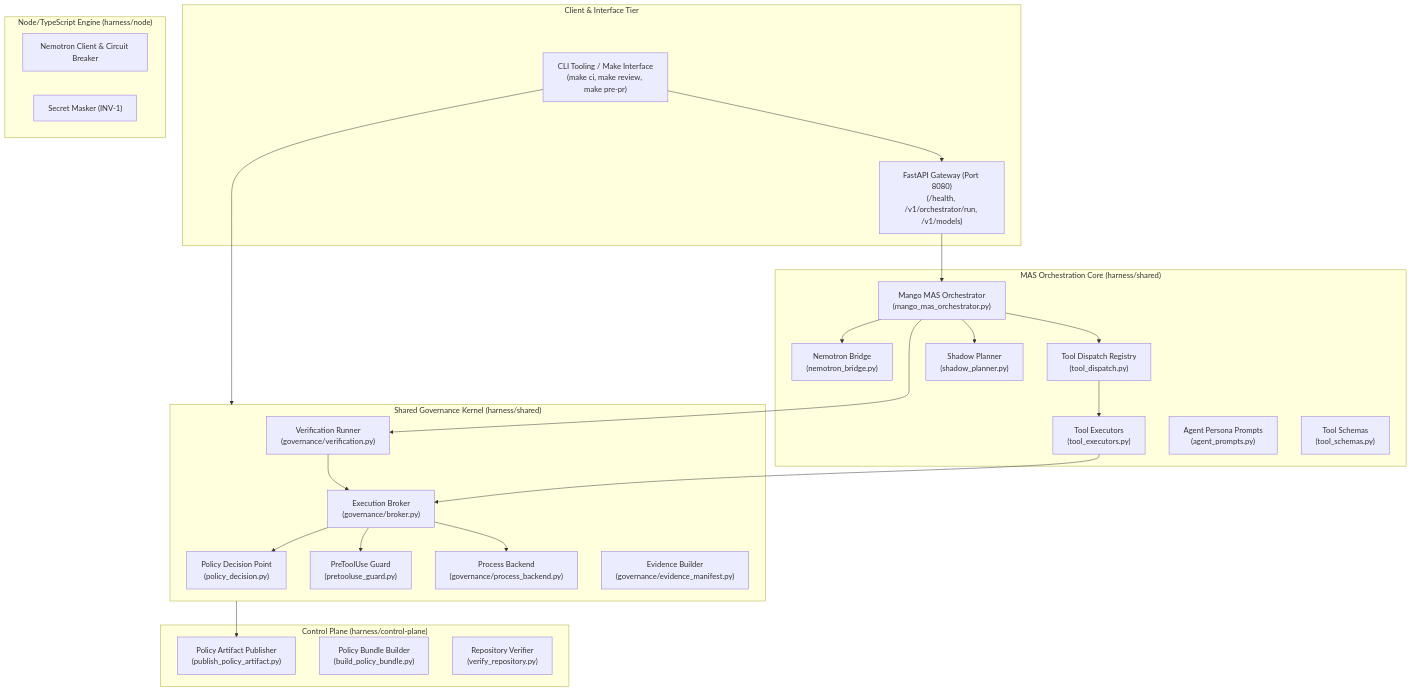
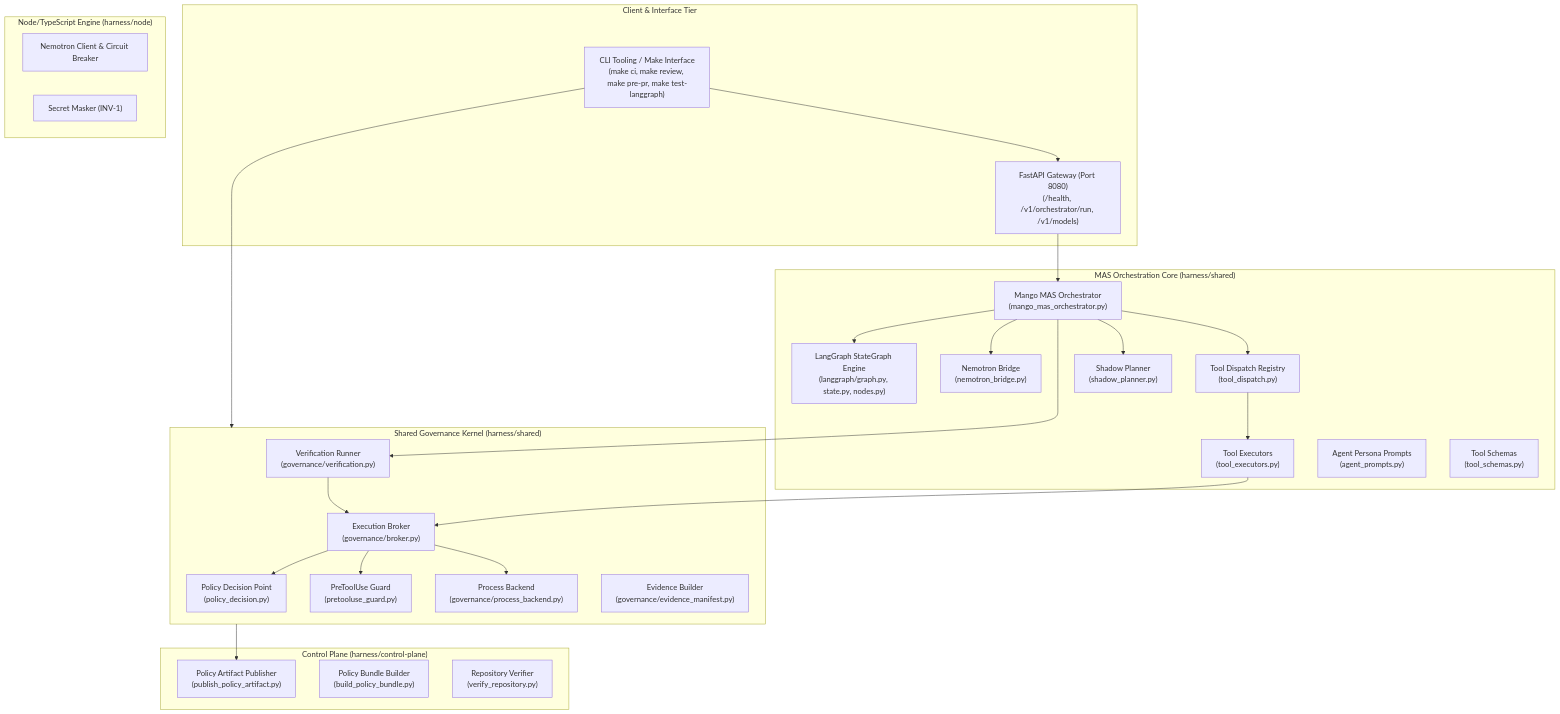
Before and after one commit to ianshank/Mango_Code_Agent-Harness: the second of 3 diagrams in docs/architecture/c4_architecture.md, drawn with Mermaid. The commit also changed other lines of this file and 27 other files, not shown here.

First line of the commit message:
Add LangGraph StateGraph engine and AQA suite

````diff
--- a/docs/architecture/c4_architecture.md
+++ b/docs/architecture/c4_architecture.md
@@ -43,52 +43,54 @@
 ```mermaid
 graph TD
     subgraph Client_Plane ["Client & Interface Tier"]
-        CLI["CLI Tooling / Make Interface<br/>(make ci, make review, make pre-pr)"]
+        CLI["CLI Tooling / Make Interface<br/>(make ci, make review, make pre-pr, make test-langgraph)"]
         APIServer["FastAPI Gateway (Port 8080)<br/>(/health, /v1/orchestrator/run, /v1/models)"]
     end
 
     subgraph Governance_Kernel ["Shared Governance Kernel (harness/shared)"]
         PDP["Policy Decision Point<br/>(policy_decision.py)"]
         PreToolGuard["PreToolUse Guard<br/>(pretooluse_guard.py)"]
         ExecBroker["Execution Broker<br/>(governance/broker.py)"]
         ProcBackend["Process Backend<br/>(governance/process_backend.py)"]
         VerifRunner["Verification Runner<br/>(governance/verification.py)"]
         AuditBuilder["Evidence Builder<br/>(governance/evidence_manifest.py)"]
     end
 
     subgraph Agentic_Orchestration ["MAS Orchestration Core (harness/shared)"]
         MAS["Mango MAS Orchestrator<br/>(mango_mas_orchestrator.py)"]
+        LangGraph_Engine["LangGraph StateGraph Engine<br/>(langgraph/graph.py, state.py, nodes.py)"]
         Bridge["Nemotron Bridge<br/>(nemotron_bridge.py)"]
         Dispatch["Tool Dispatch Registry<br/>(tool_dispatch.py)"]
         Executors["Tool Executors<br/>(tool_executors.py)"]
         Prompts["Agent Persona Prompts<br/>(agent_prompts.py)"]
         Schemas["Tool Schemas<br/>(tool_schemas.py)"]
         Shadow["Shadow Planner<br/>(shadow_planner.py)"]
     end
 
     subgraph Node_Stack ["Node/TypeScript Engine (harness/node)"]
         NodeClient["Nemotron Client & Circuit Breaker"]
         SecretMasker["Secret Masker (INV-1)"]
     end
 
     subgraph Control_Plane ["Control Plane (harness/control-plane)"]
         PolicyArtifact["Policy Artifact Publisher<br/>(publish_policy_artifact.py)"]
         BundleBuilder["Policy Bundle Builder<br/>(build_policy_bundle.py)"]
         RepoVerifier["Repository Verifier<br/>(verify_repository.py)"]
     end
 
     CLI --> APIServer
     CLI --> Governance_Kernel
     APIServer --> MAS
+    MAS --> LangGraph_Engine
     MAS --> Bridge
     MAS --> Dispatch
     Dispatch --> Executors
     Executors --> ExecBroker
     ExecBroker --> PDP
     ExecBroker --> PreToolGuard
     ExecBroker --> ProcBackend
     MAS --> VerifRunner
     VerifRunner --> ExecBroker
     MAS --> Shadow
     Governance_Kernel --> PolicyArtifact
 ```
````
